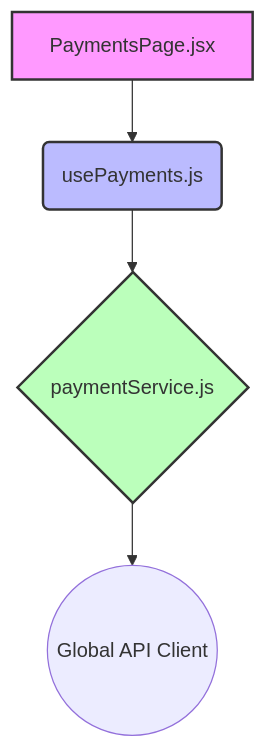
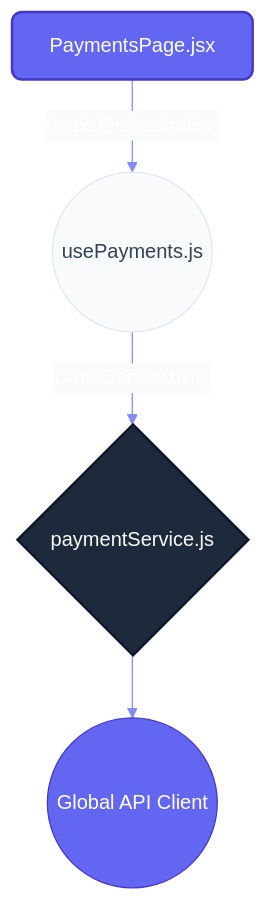
The second of 2 diagrams in src/features/payments/README.md (nexowebai/nexo-superadmin), drawn with Mermaid before and after one commit. The commit also changed other lines of this file and 16 other files, not shown here.

````diff
--- a/src/features/payments/README.md
+++ b/src/features/payments/README.md
@@ -30,13 +36,14 @@
 ```mermaid
+%%{init: {'theme': 'base', 'themeVariables': { 'primaryColor': '#6366f1', 'primaryTextColor': '#fff', 'primaryBorderColor': '#4338ca', 'lineColor': '#818cf8', 'secondaryColor': '#f8fafc', 'tertiaryColor': '#e2e8f0'}}}%%
 graph TD
-    classDef page fill:#f9f,stroke:#333,stroke-width:2px;
-    classDef hook fill:#bbf,stroke:#333,stroke-width:2px;
-    classDef service fill:#bfb,stroke:#333,stroke-width:2px;
+    classDef page fill:#6366f1,stroke:#4338ca,stroke-width:2px,color:#fff,rx:8,ry:8;
+    classDef hook fill:#f8fafc,stroke:#e2e8f0,stroke-width:1px,color:#334155,rx:20,ry:20;
+    classDef service fill:#1e293b,stroke:#0f172a,stroke-width:2px,color:#f8fafc,rx:4,ry:4;
 
     PaymentsPage[PaymentsPage.jsx]:::page
-    PaymentsPage --> usePayments
-    usePayments(usePayments.js):::hook
-    usePayments --> paymentService
+    PaymentsPage --"Logic Orchestration"--> usePayments
+    usePayments((usePayments.js)):::hook
+    usePayments --"Data Connectivity"--> paymentService
     paymentService{paymentService.js}:::service
-    paymentService --> API_Client((Global API Client))
+    paymentService --> API_CORE((Global API Client))
 ```
````
